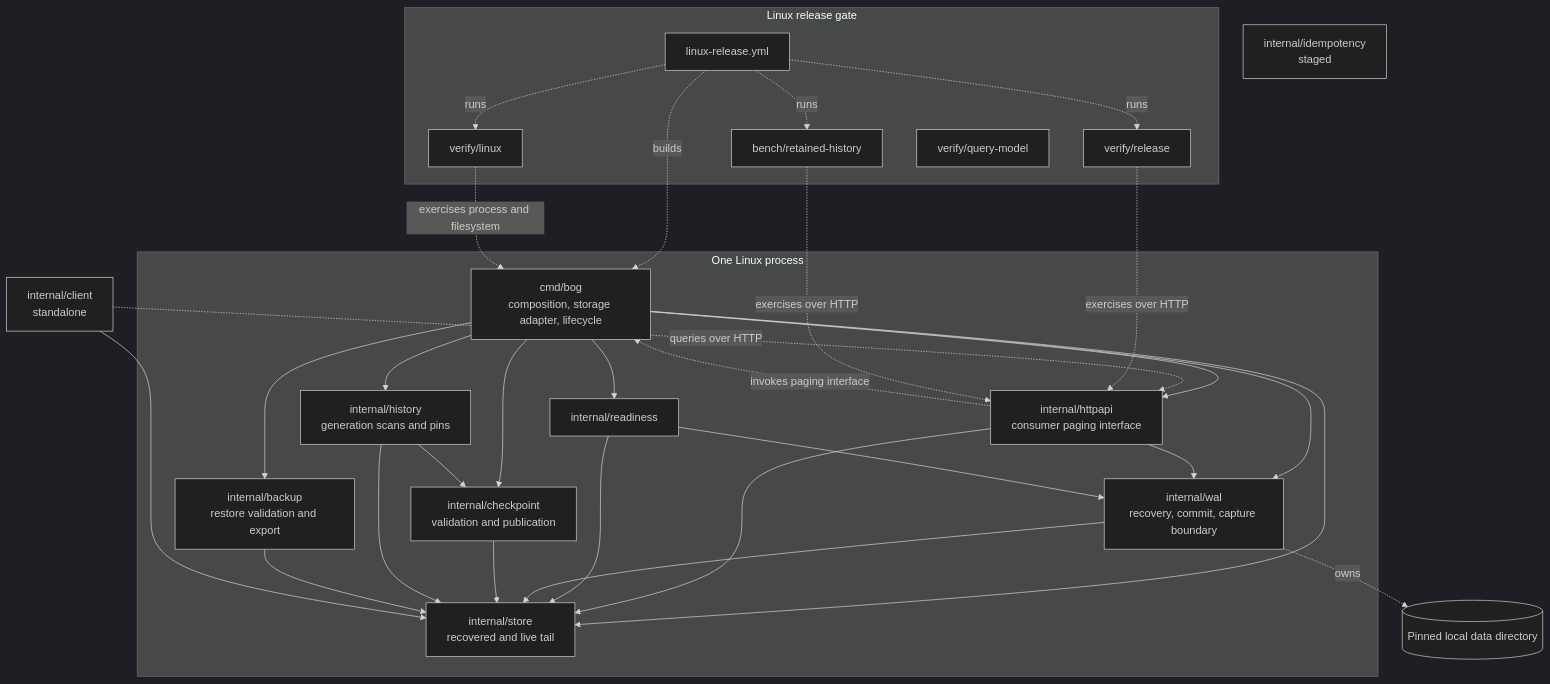
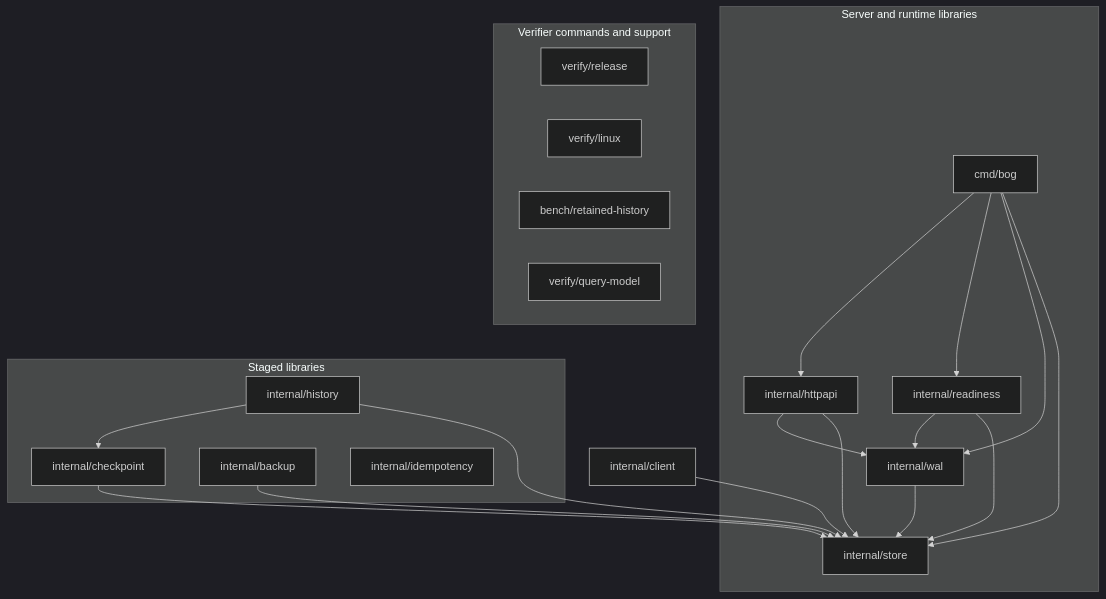
Before and after one commit to tflynn3/bog: the diagram in docs/architecture/SYSTEM.md, drawn with Mermaid (dark theme). The commit also changed other lines of this file and 4 other files, not shown here.

Commit message:
bog: Land the retained-history architecture and fitness rules with the cutover

````diff
--- a/docs/architecture/SYSTEM.md
+++ b/docs/architecture/SYSTEM.md
@@ -156,48 +21,36 @@
 ```mermaid
 flowchart TD
-    subgraph Runtime["One Linux process"]
-        Cmd["cmd/bog<br/>composition, storage adapter, lifecycle"]
-        HTTP["internal/httpapi<br/>consumer paging interface"]
+    subgraph Runtime["Server and runtime libraries"]
+        Cmd["cmd/bog"]
+        HTTP["internal/httpapi"]
         Ready["internal/readiness"]
-        WAL["internal/wal<br/>recovery, commit, capture boundary"]
-        Store["internal/store<br/>recovered and live tail"]
-        Checkpoint["internal/checkpoint<br/>validation and publication"]
-        History["internal/history<br/>generation scans and pins"]
-        Backup["internal/backup<br/>restore validation and export"]
+        WAL["internal/wal"]
+        Store["internal/store"]
         Cmd --> HTTP
         Cmd --> Ready
         Cmd --> WAL
         Cmd --> Store
-        Cmd --> Checkpoint
-        Cmd --> History
-        Cmd --> Backup
         HTTP --> WAL
         HTTP --> Store
         Ready --> WAL
         Ready --> Store
         WAL --> Store
-        Checkpoint --> Store
+    end
+    subgraph Staged["Staged libraries"]
+        Checkpoint["internal/checkpoint"]
+        History["internal/history"]
+        Backup["internal/backup"]
+        Idempotency["internal/idempotency"]
         History --> Checkpoint
-        History --> Store
-        Backup --> Store
     end
-    WAL -. owns .-> Data[("Pinned local data directory")]
-    HTTP -. invokes paging interface .-> Cmd
-    Client["internal/client<br/>standalone"] --> Store
-    Client -. queries over HTTP .-> HTTP
-    Idempotency["internal/idempotency<br/>staged"]
-    subgraph Evidence["Linux release gate"]
-        Gate["linux-release.yml"]
+    Checkpoint --> Store
+    History --> Store
+    Backup --> Store
+    Client["internal/client"] --> Store
+    subgraph Evidence["Verifier commands and support"]
         Admission["verify/release"]
         Durability["verify/linux"]
         Capacity["bench/retained-history"]
         Model["verify/query-model"]
-        Gate -. runs .-> Admission
-        Gate -. runs .-> Durability
-        Gate -. runs .-> Capacity
     end
-    Gate -. builds .-> Cmd
-    Admission -. exercises over HTTP .-> HTTP
-    Durability -. exercises process and filesystem .-> Cmd
-    Capacity -. exercises over HTTP .-> HTTP
 ```
````
